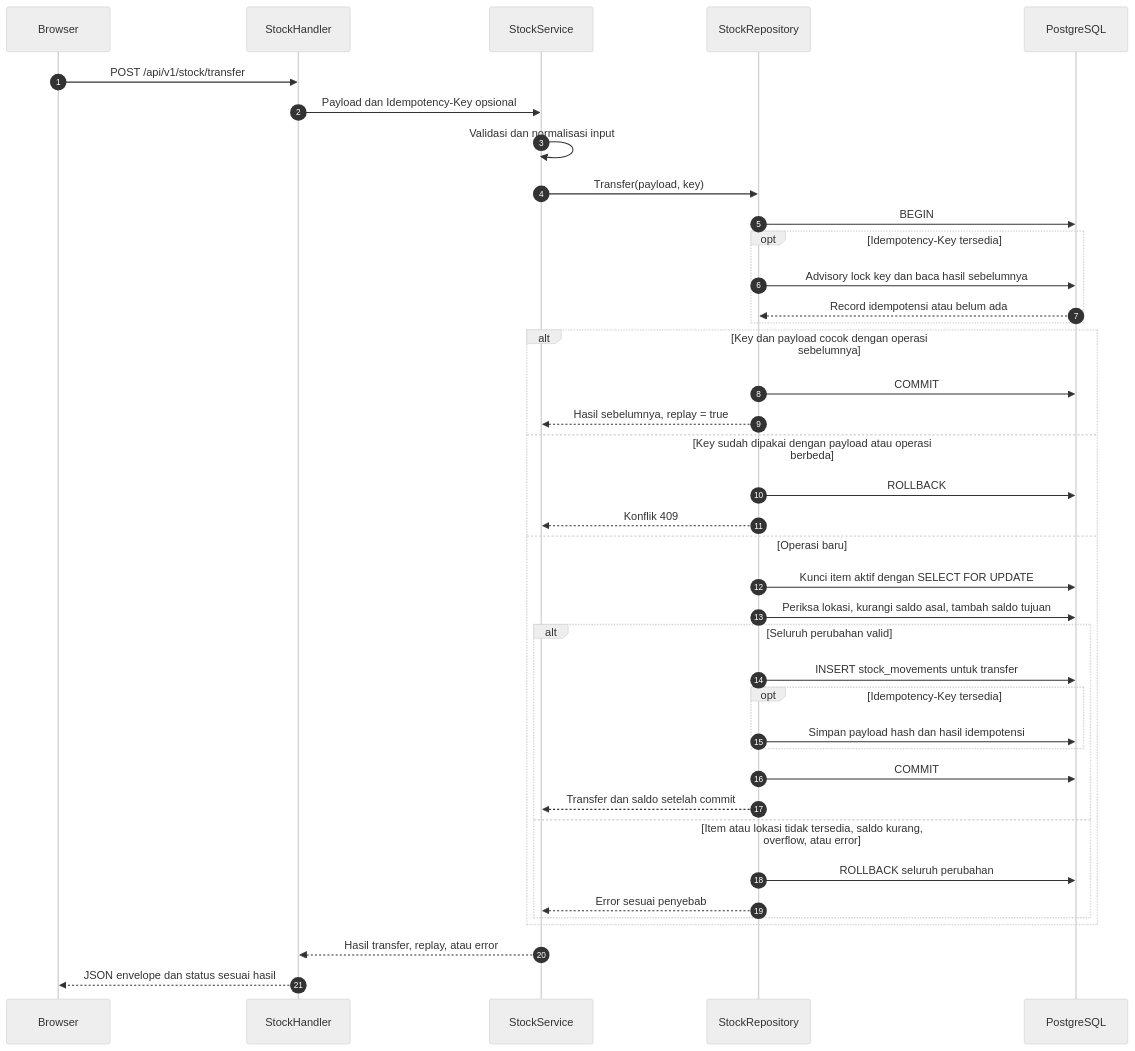
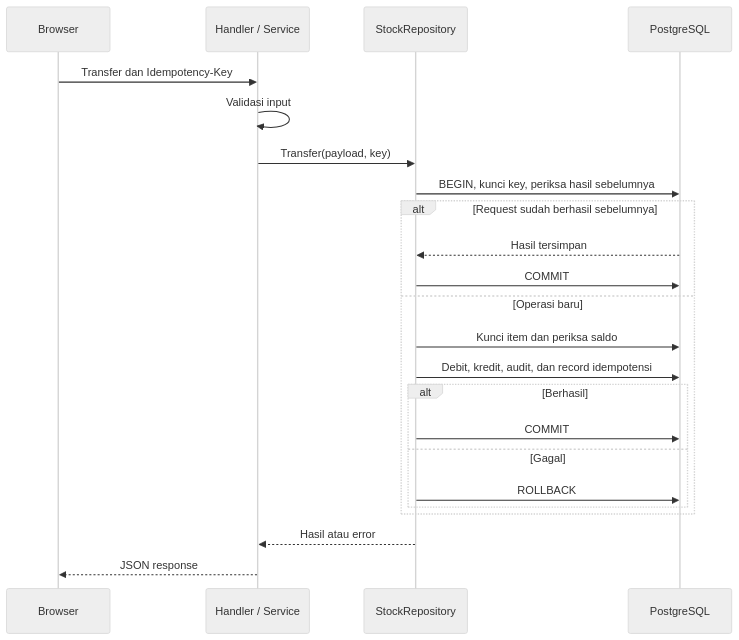
One commit to nrcfrld/warehouse-test-challenge changed the second of 2 diagrams in README.md. Above: the diagram before and after it, drawn with Mermaid (neutral theme). The commit also changed other lines of this file and 6 other files, not shown here.

````diff
--- a/README.md
+++ b/README.md
@@ -170,42 +120,26 @@
 ```mermaid
 sequenceDiagram
-    autonumber
-    participant Browser
-    participant API as StockHandler
-    participant Service as StockService
+    participant UI as Browser
+    participant API as Handler / Service
     participant Repo as StockRepository
     participant DB as PostgreSQL
 
-    Browser->>API: POST /api/v1/stock/transfer
-    API->>Service: Payload dan Idempotency-Key opsional
-    Service->>Service: Validasi dan normalisasi input
-    Service->>Repo: Transfer(payload, key)
-    Repo->>DB: BEGIN
-    opt Idempotency-Key tersedia
-        Repo->>DB: Advisory lock key dan baca hasil sebelumnya
-        DB-->>Repo: Record idempotensi atau belum ada
-    end
-    alt Key dan payload cocok dengan operasi sebelumnya
+    UI->>API: Transfer dan Idempotency-Key
+    API->>API: Validasi input
+    API->>Repo: Transfer(payload, key)
+    Repo->>DB: BEGIN, kunci key, periksa hasil sebelumnya
+    alt Request sudah berhasil sebelumnya
+        DB-->>Repo: Hasil tersimpan
         Repo->>DB: COMMIT
-        Repo-->>Service: Hasil sebelumnya, replay = true
-    else Key sudah dipakai dengan payload atau operasi berbeda
-        Repo->>DB: ROLLBACK
-        Repo-->>Service: Konflik 409
     else Operasi baru
-        Repo->>DB: Kunci item aktif dengan SELECT FOR UPDATE
-        Repo->>DB: Periksa lokasi, kurangi saldo asal, tambah saldo tujuan
-        alt Seluruh perubahan valid
-            Repo->>DB: INSERT stock_movements untuk transfer
-            opt Idempotency-Key tersedia
-                Repo->>DB: Simpan payload hash dan hasil idempotensi
-            end
+        Repo->>DB: Kunci item dan periksa saldo
+        Repo->>DB: Debit, kredit, audit, dan record idempotensi
+        alt Berhasil
             Repo->>DB: COMMIT
-            Repo-->>Service: Transfer dan saldo setelah commit
-        else Item atau lokasi tidak tersedia, saldo kurang, overflow, atau error
-            Repo->>DB: ROLLBACK seluruh perubahan
-            Repo-->>Service: Error sesuai penyebab
+        else Gagal
+            Repo->>DB: ROLLBACK
         end
     end
-    Service-->>API: Hasil transfer, replay, atau error
-    API-->>Browser: JSON envelope dan status sesuai hasil
+    Repo-->>API: Hasil atau error
+    API-->>UI: JSON response
 ```
````
